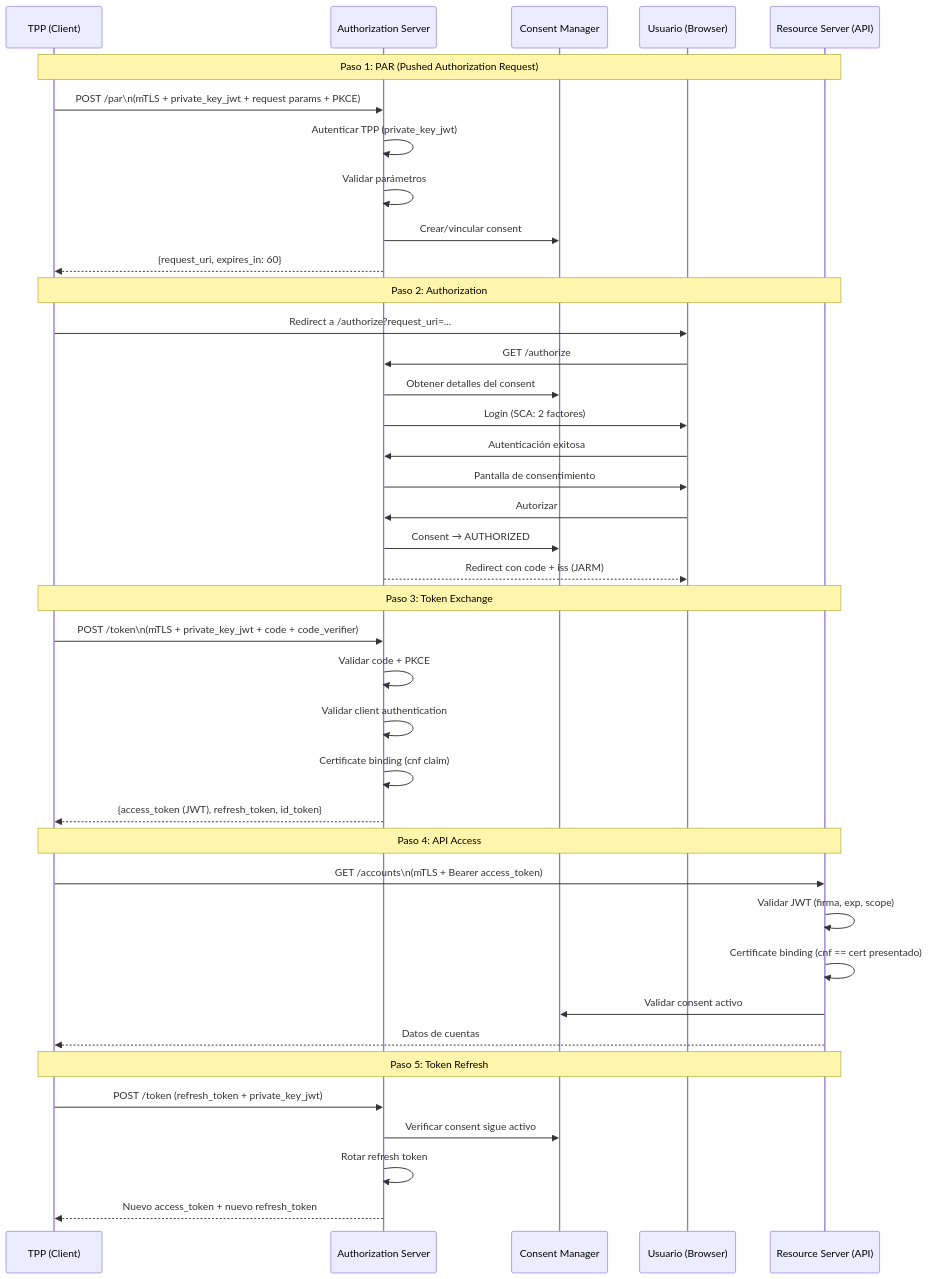
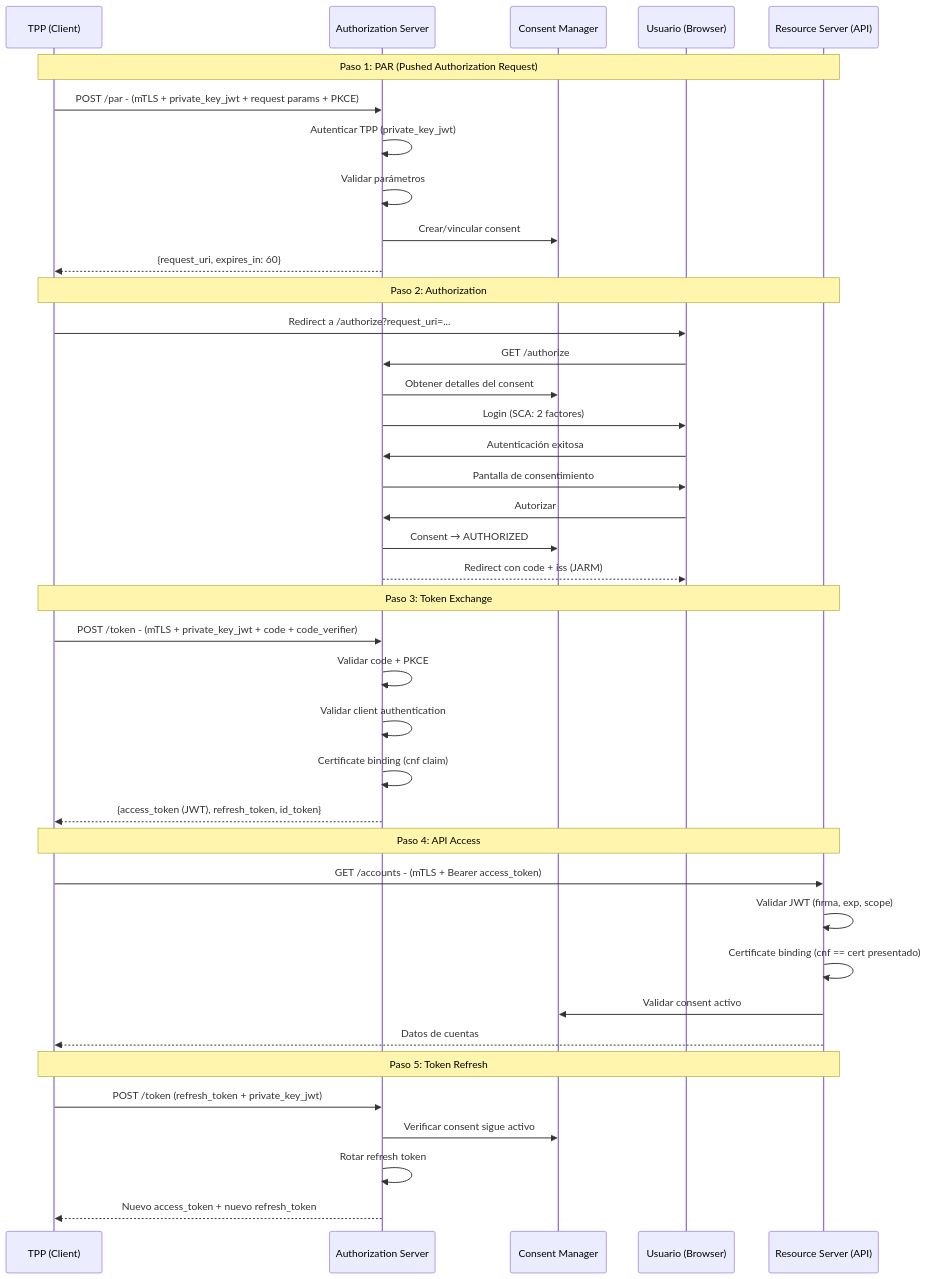
The ninth of 10 diagrams in docs/architecture/authorization-server-services.md (somospragma/integration-consent-manager), drawn with Mermaid before and after one commit. The commit also changed other lines of this file and 9 other files, not shown here.

Commit message:
fix: corregir diagramas Mermaid - quitar paréntesis y \n incompatibles con GitHub

````diff
--- a/docs/architecture/authorization-server-services.md
+++ b/docs/architecture/authorization-server-services.md
@@ -677,46 +677,46 @@
 ```mermaid
 sequenceDiagram
     participant TPP as TPP (Client)
     participant AS as Authorization Server
     participant CM as Consent Manager
     participant U as Usuario (Browser)
     participant RS as Resource Server (API)
 
     Note over TPP,RS: Paso 1: PAR (Pushed Authorization Request)
-    TPP->>AS: POST /par\n(mTLS + private_key_jwt + request params + PKCE)
+    TPP->>AS: POST /par - (mTLS + private_key_jwt + request params + PKCE)
     AS->>AS: Autenticar TPP (private_key_jwt)
     AS->>AS: Validar parámetros
     AS->>CM: Crear/vincular consent
     AS-->>TPP: {request_uri, expires_in: 60}
 
     Note over TPP,RS: Paso 2: Authorization
     TPP->>U: Redirect a /authorize?request_uri=...
     U->>AS: GET /authorize
     AS->>CM: Obtener detalles del consent
     AS->>U: Login (SCA: 2 factores)
     U->>AS: Autenticación exitosa
     AS->>U: Pantalla de consentimiento
     U->>AS: Autorizar
     AS->>CM: Consent → AUTHORIZED
     AS-->>U: Redirect con code + iss (JARM)
 
     Note over TPP,RS: Paso 3: Token Exchange
-    TPP->>AS: POST /token\n(mTLS + private_key_jwt + code + code_verifier)
+    TPP->>AS: POST /token - (mTLS + private_key_jwt + code + code_verifier)
     AS->>AS: Validar code + PKCE
     AS->>AS: Validar client authentication
     AS->>AS: Certificate binding (cnf claim)
     AS-->>TPP: {access_token (JWT), refresh_token, id_token}
 
     Note over TPP,RS: Paso 4: API Access
-    TPP->>RS: GET /accounts\n(mTLS + Bearer access_token)
+    TPP->>RS: GET /accounts - (mTLS + Bearer access_token)
     RS->>RS: Validar JWT (firma, exp, scope)
     RS->>RS: Certificate binding (cnf == cert presentado)
     RS->>CM: Validar consent activo
     RS-->>TPP: Datos de cuentas
 
     Note over TPP,RS: Paso 5: Token Refresh
     TPP->>AS: POST /token (refresh_token + private_key_jwt)
     AS->>CM: Verificar consent sigue activo
     AS->>AS: Rotar refresh token
     AS-->>TPP: Nuevo access_token + nuevo refresh_token
 ```
````
